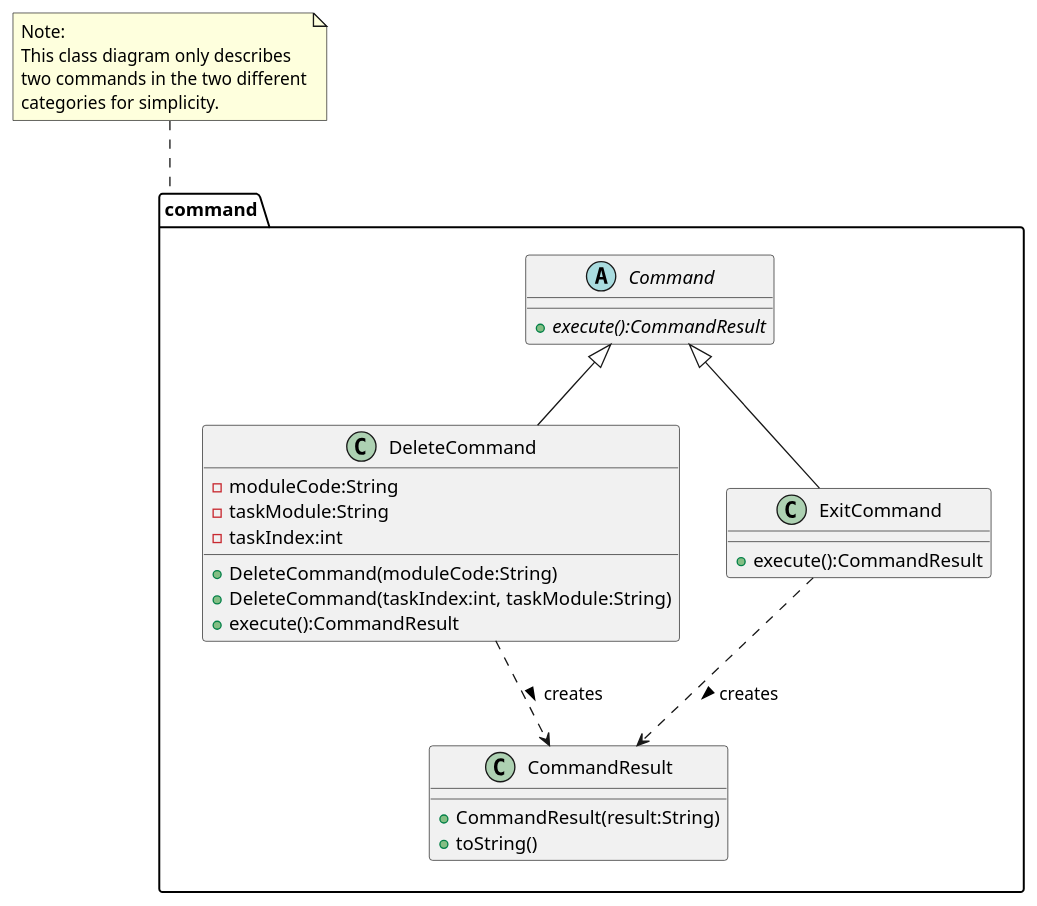
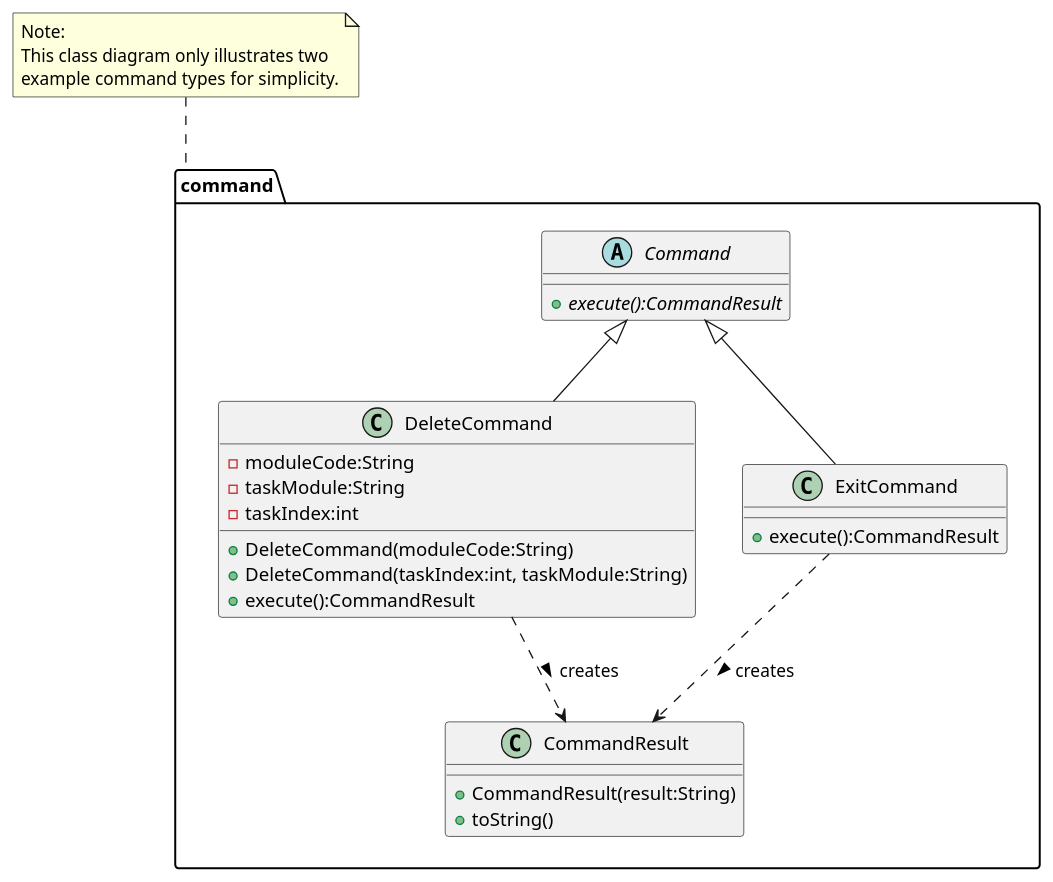
Before and after one commit to nus-cs2113-AY2122S2/tp: the diagram in docs/CommandClassDiagram.puml, drawn with PlantUML. The commit also changed 4 other files, not shown here.

```diff
--- a/docs/CommandClassDiagram.puml
+++ b/docs/CommandClassDiagram.puml
@@ -1,42 +1,41 @@
 @startuml
 'https://plantuml.com/class-diagram
 package command {
     abstract class Command
     class DeleteCommand
 
     Command <|-- DeleteCommand
     Command <|-- ExitCommand
     DeleteCommand ..> CommandResult :creates >
     ExitCommand ..> CommandResult :creates >
 
     abstract class Command {
         +execute():CommandResult {abstract}
     }
 
     class DeleteCommand {
     -moduleCode:String
     -taskModule:String
     -taskIndex:int
     +DeleteCommand(moduleCode:String)
     +DeleteCommand(taskIndex:int, taskModule:String)
     +execute():CommandResult
     }
 
     class ExitCommand {
     +execute():CommandResult
     }
 
     class CommandResult {
     +CommandResult(result:String)
     +toString()
     }
 }
 
 note top of command
 Note:
-This class diagram only describes
-two commands in the two different
-categories for simplicity.
+This class diagram only illustrates two
+example command types for simplicity.
 end note
 
 @enduml
```
